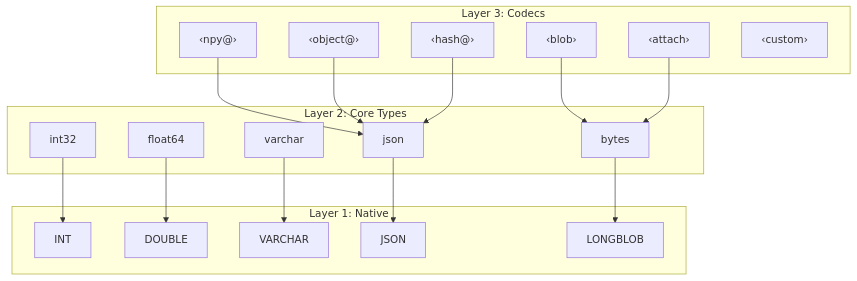
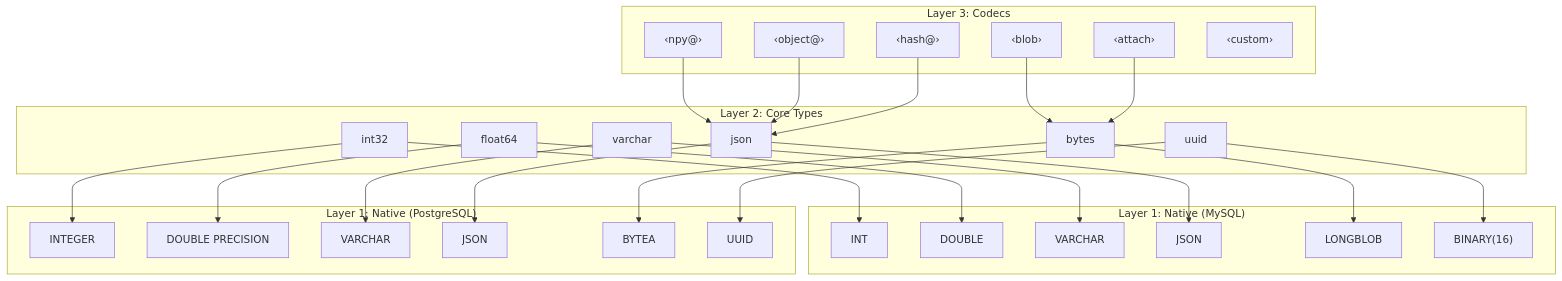
Before and after one commit to datajoint/datajoint-docs: the diagram in src/explanation/type-system.md, drawn with Mermaid. The commit also changed other lines of this file, not shown here.

Commit message:
docs: Expand type system diagram with MySQL/PostgreSQL native types
- Show both MySQL and PostgreSQL native type layers
- Add uuid core type mapping to BINARY(16) / UUID
- Add table showing native type equivalents and portable alternatives
- Clarify that native types can be used directly at cost of portability

````diff
--- a/src/explanation/type-system.md
+++ b/src/explanation/type-system.md
@@ -11,36 +11,54 @@
 ```mermaid
 graph TB
     subgraph "Layer 3: Codecs"
         blob["‹blob›"]
         attach["‹attach›"]
         npy["‹npy@›"]
         object["‹object@›"]
         hash["‹hash@›"]
         custom["‹custom›"]
     end
     subgraph "Layer 2: Core Types"
         int32
         float64
         varchar
         json
         bytes
+        uuid
     end
-    subgraph "Layer 1: Native"
+    subgraph "Layer 1: Native (MySQL)"
         INT["INT"]
         DOUBLE["DOUBLE"]
-        VARCHAR["VARCHAR"]
-        JSON_N["JSON"]
+        VARCHAR_M["VARCHAR"]
+        JSON_M["JSON"]
         BLOB["LONGBLOB"]
+        BIN16["BINARY(16)"]
+    end
+    subgraph "Layer 1: Native (PostgreSQL)"
+        INTEGER["INTEGER"]
+        DOUBLE_P["DOUBLE PRECISION"]
+        VARCHAR_P["VARCHAR"]
+        JSON_P["JSON"]
+        BYTEA["BYTEA"]
+        UUID_P["UUID"]
     end
 
     blob --> bytes
     attach --> bytes
     npy --> json
     object --> json
     hash --> json
+
     bytes --> BLOB
-    json --> JSON_N
+    bytes --> BYTEA
+    json --> JSON_M
+    json --> JSON_P
     int32 --> INT
+    int32 --> INTEGER
     float64 --> DOUBLE
-    varchar --> VARCHAR
+    float64 --> DOUBLE_P
+    varchar --> VARCHAR_M
+    varchar --> VARCHAR_P
+    uuid --> BIN16
+    uuid --> UUID_P
 ```
````
